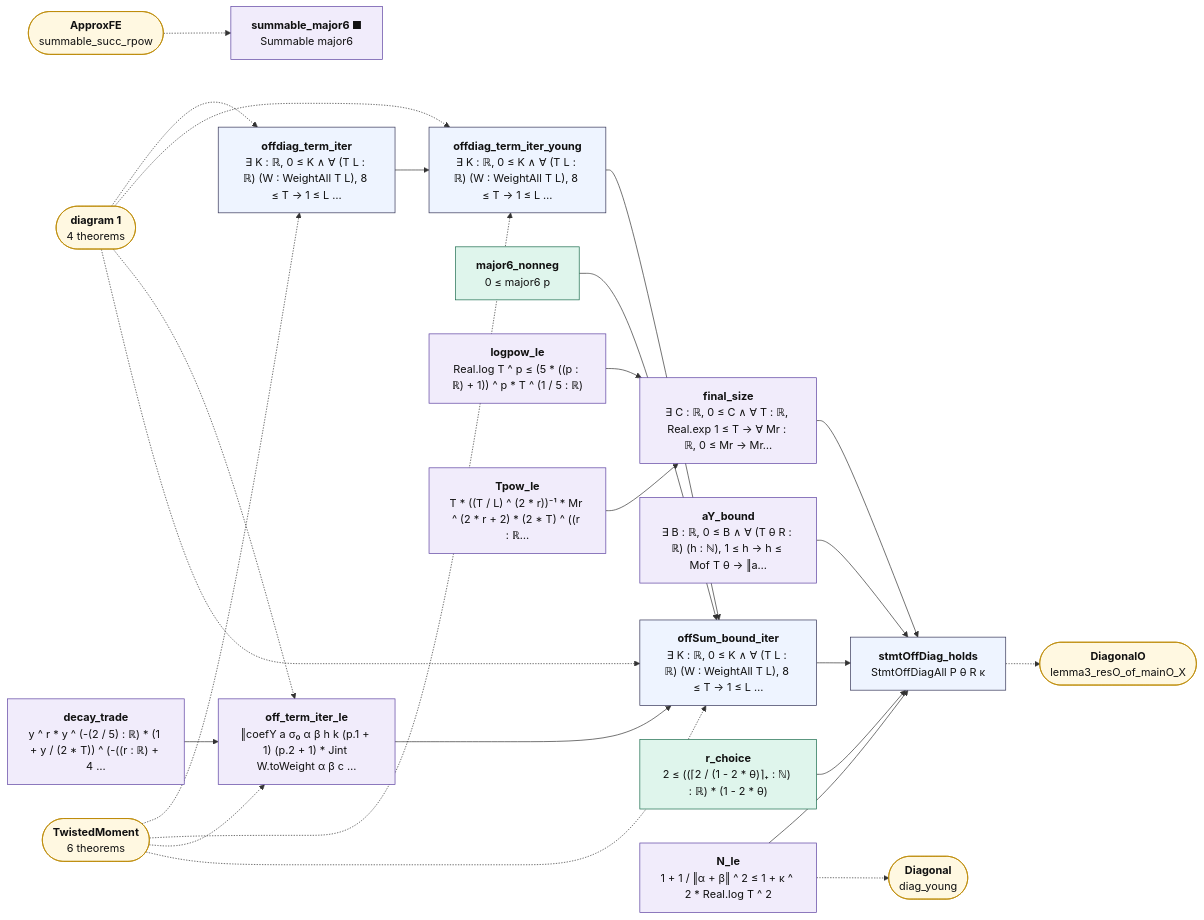
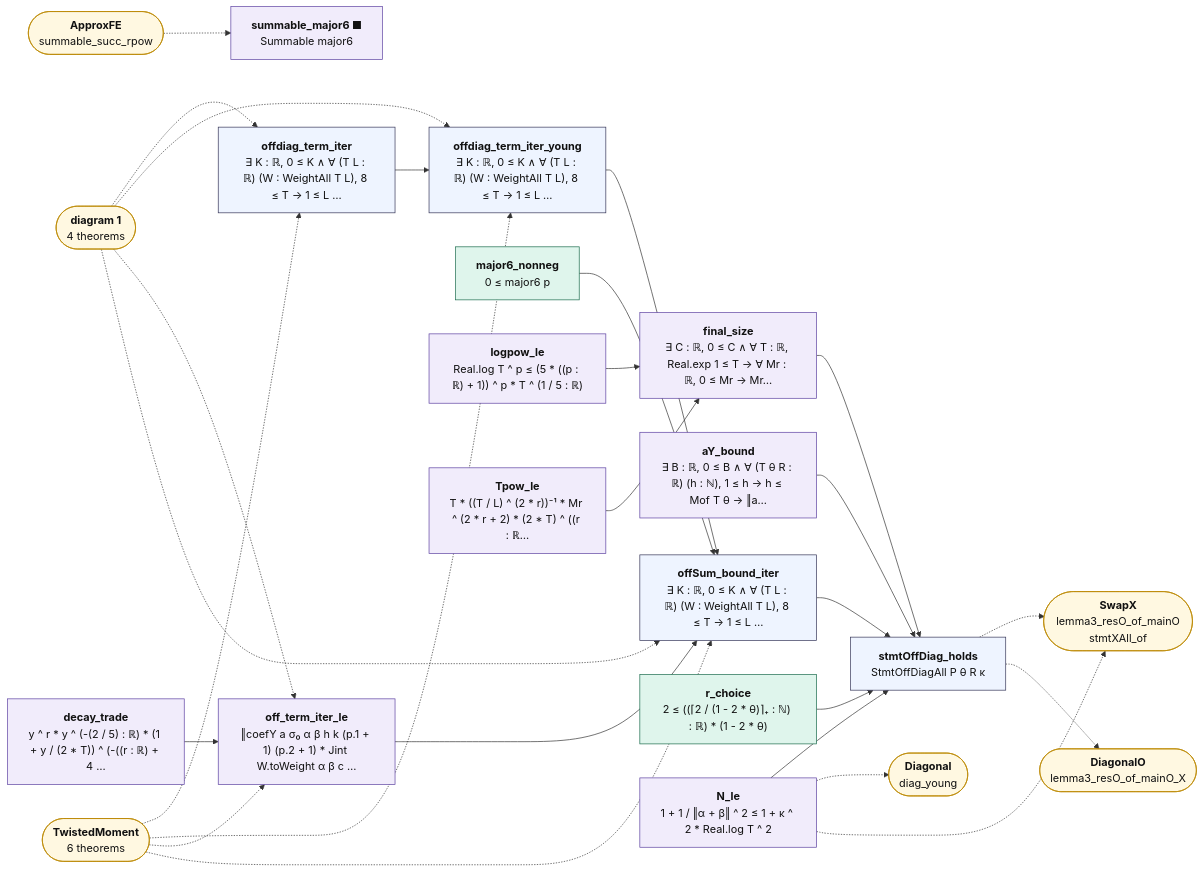
One commit to juliansambranojr/Primebeat_081426 changed the diagram in map/lean_stage3/OffDiagClose.2.mmd. Above: the diagram before and after it, drawn with Mermaid. The commit also changed 25 other files, not shown here.

```diff
--- a/map/lean_stage3/OffDiagClose.2.mmd
+++ b/map/lean_stage3/OffDiagClose.2.mmd
@@ -1,51 +1,54 @@
 flowchart LR
   n0["<b>offdiag_term_iter</b><br/>∃ K : ℝ, 0 ≤ K ∧ ∀ (T L : ℝ) (W : WeightAll T L), 8 ≤ T → 1 ≤ L …"]:::thm
   n1["<b>offdiag_term_iter_young</b><br/>∃ K : ℝ, 0 ≤ K ∧ ∀ (T L : ℝ) (W : WeightAll T L), 8 ≤ T → 1 ≤ L …"]:::thm
   n2["<b>major6_nonneg</b><br/>0 ≤ major6 p"]:::cnt
   n3["<b>summable_major6 ■</b><br/>Summable major6"]:::shp
   n4["<b>decay_trade</b><br/>y ^ r * y ^ (-(2 / 5) : ℝ) * (1 + y / (2 * T)) ^ (-((r : ℝ) + 4 …"]:::shp
   n5["<b>off_term_iter_le</b><br/>‖coefY a σ₀ α β h k (p.1 + 1) (p.2 + 1) * Jint W.toWeight α β c …"]:::shp
   n6["<b>offSum_bound_iter</b><br/>∃ K : ℝ, 0 ≤ K ∧ ∀ (T L : ℝ) (W : WeightAll T L), 8 ≤ T → 1 ≤ L …"]:::thm
   n7["<b>aY_bound</b><br/>∃ B : ℝ, 0 ≤ B ∧ ∀ (T θ R : ℝ) (h : ℕ), 1 ≤ h → h ≤ Mof T θ → ‖a…"]:::shp
   n8["<b>logpow_le</b><br/>Real.log T ^ p ≤ (5 * ((p : ℝ) + 1)) ^ p * T ^ (1 / 5 : ℝ)"]:::shp
   n9["<b>Tpow_le</b><br/>T * ((T / L) ^ (2 * r))⁻¹ * Mr ^ (2 * r + 2) * (2 * T) ^ ((r : ℝ…"]:::shp
   n10["<b>final_size</b><br/>∃ C : ℝ, 0 ≤ C ∧ ∀ T : ℝ, Real.exp 1 ≤ T → ∀ Mr : ℝ, 0 ≤ Mr → Mr…"]:::shp
   n11["<b>r_choice</b><br/>2 ≤ ((⌈2 / (1 - 2 * θ)⌉₊ : ℕ) : ℝ) * (1 - 2 * θ)"]:::cnt
   n12["<b>N_le</b><br/>1 + 1 / ‖α + β‖ ^ 2 ≤ 1 + κ ^ 2 * Real.log T ^ 2"]:::shp
   n13["<b>stmtOffDiag_holds</b><br/>StmtOffDiagAll P θ R κ"]:::thm
   x0(["<b>diagram 1</b><br/>4 theorems"]):::ext
   x1(["<b>TwistedMoment</b><br/>6 theorems"]):::ext
   x2(["<b>ApproxFE</b><br/>summable_succ_rpow"]):::ext
   x3(["<b>Diagonal</b><br/>diag_young"]):::ext
-  x4(["<b>DiagonalO</b><br/>lemma3_resO_of_mainO_X"]):::ext
+  x4(["<b>SwapX</b><br/>lemma3_resO_of_mainO<br/>stmtXAll_of"]):::ext
+  x5(["<b>DiagonalO</b><br/>lemma3_resO_of_mainO_X"]):::ext
   n0 --> n1
   n1 --> n6
   n10 --> n13
   n11 --> n13
   n12 --> n13
   n2 --> n6
   n4 --> n5
   n5 --> n6
   n6 --> n13
   n7 --> n13
   n8 --> n10
   n9 --> n10
   n12 -.-> x3
+  n12 -.-> x4
   n13 -.-> x4
+  n13 -.-> x5
   x0 -.-> n0
   x0 -.-> n1
   x0 -.-> n5
   x0 -.-> n6
   x1 -.-> n0
   x1 -.-> n1
   x1 -.-> n5
   x1 -.-> n6
   x2 -.-> n3
   classDef cnt fill:#dff5ec,stroke:#17694a,color:#111
   classDef shp fill:#f1ecfb,stroke:#5b3fa0,color:#111
   classDef rh fill:#ffe5e5,stroke:#c22,color:#111,stroke-width:2px
   classDef thm fill:#eef4ff,stroke:#335,color:#111
   classDef end_ fill:#e7f7e7,stroke:#2a7,color:#111,stroke-width:2px
   classDef lone fill:#fff,stroke:#999,color:#111,stroke-dasharray:4 3
   classDef bad fill:#ffe5e5,stroke:#c22,color:#111,stroke-width:2px
   classDef ext fill:#fff8e1,stroke:#b80,color:#111
```
